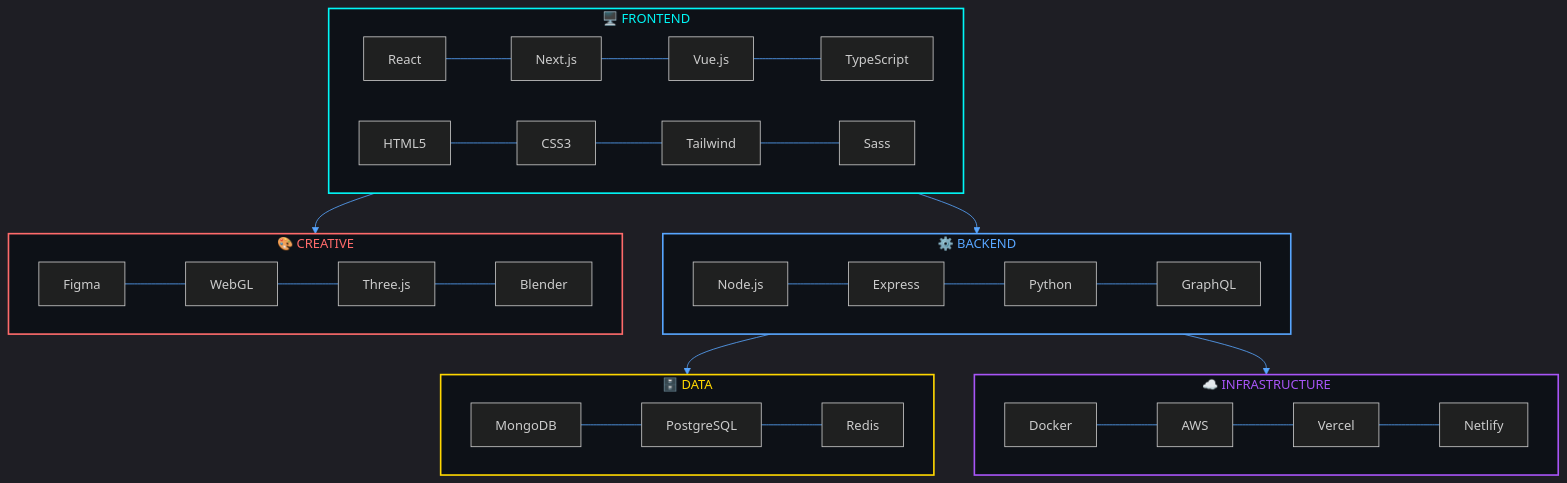
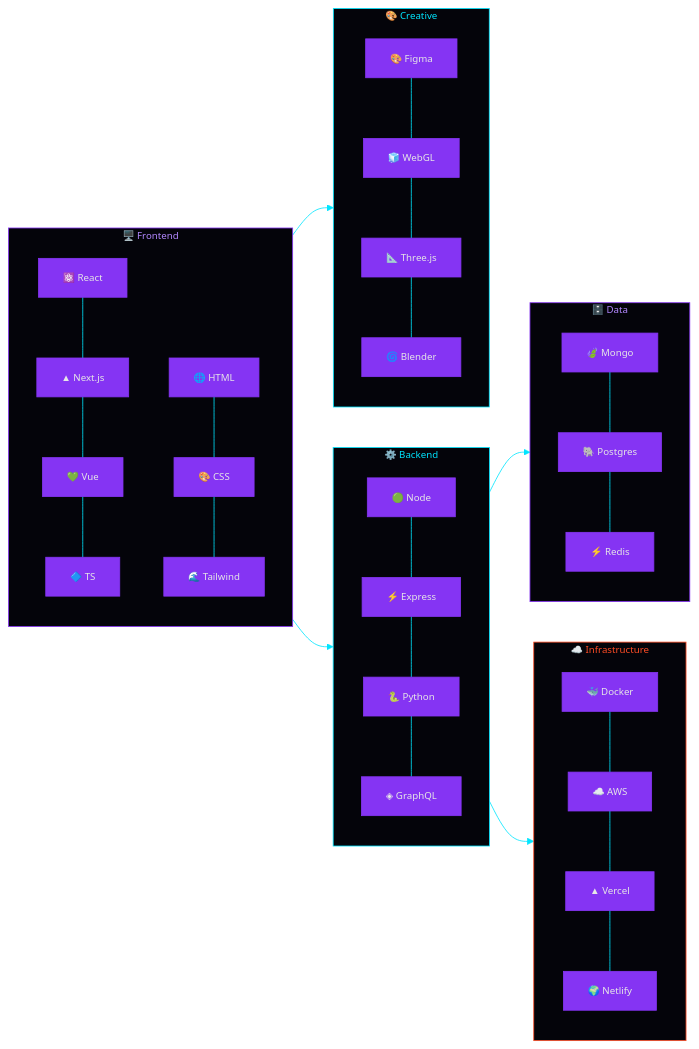
Before and after one commit to iakadion/iakadion: the first of 3 diagrams in README.md, drawn with Mermaid. The commit also changed other lines of this file and 9 other files, not shown here.

````diff
--- a/README.md
+++ b/README.md
@@ -265,33 +250,28 @@
 ```mermaid
-%%{init: {'theme':'dark','themeVariables':{'primaryColor':'#00f7f7','primaryTextColor':'#fff','primaryBorderColor':'#00f7f7','lineColor':'#58a6ff','secondaryColor':'#0d1117','tertiaryColor':'#161b22'}}}%%
-graph TB
-    subgraph FRONTEND["🖥️ FRONTEND"]
-        direction LR
-        R[React] --- N[Next.js] --- V[Vue.js] --- T[TypeScript]
-        H[HTML5] --- C[CSS3] --- TW[Tailwind] --- S[Sass]
+%%{init: {'theme':'base','themeVariables':{'primaryColor':'#8534F3','primaryTextColor':'#E6E6E6','primaryBorderColor':'#8534F3','lineColor':'#00E5FF','secondaryColor':'#04040A','tertiaryColor':'#1a1a2e','fontSize':'12px'}}}%%
+graph LR
+    subgraph FE["🖥️ Frontend"]
+        R[⚛️ React] --- N[▲ Next.js] --- V[💚 Vue] --- T[🔷 TS]
+        H[🌐 HTML] --- C[🎨 CSS] --- TW[🌊 Tailwind]
     end
-    subgraph BACKEND["⚙️ BACKEND"]
-        direction LR
-        NO[Node.js] --- EX[Express] --- PY[Python] --- GQ[GraphQL]
+    subgraph BE["⚙️ Backend"]
+        NO[🟢 Node] --- EX[⚡ Express] --- PY[🐍 Python] --- GQ[◈ GraphQL]
     end
-    subgraph INFRA["☁️ INFRASTRUCTURE"]
-        direction LR
-        D[Docker] --- AW[AWS] --- VR[Vercel] --- NL[Netlify]
+    subgraph IN["☁️ Infrastructure"]
+        D[🐳 Docker] --- AW[☁️ AWS] --- VR[▲ Vercel] --- NL[🌍 Netlify]
     end
-    subgraph DATA["🗄️ DATA"]
-        direction LR
-        MG[MongoDB] --- PG[PostgreSQL] --- RD[Redis]
+    subgraph DA["🗄️ Data"]
+        MG[🍃 Mongo] --- PG[🐘 Postgres] --- RD[⚡ Redis]
     end
-    subgraph CREATIVE["🎨 CREATIVE"]
-        direction LR
-        FG[Figma] --- WG[WebGL] --- TJ[Three.js] --- BL[Blender]
+    subgraph CR["🎨 Creative"]
+        FG[🎨 Figma] --- WJ[🧊 WebGL] --- TJ[📐 Three.js] --- BL[🌀 Blender]
     end
-    FRONTEND --> BACKEND --> DATA
-    BACKEND --> INFRA
-    FRONTEND --> CREATIVE
-    style FRONTEND fill:#0d1117,stroke:#00f7f7,stroke-width:2px,color:#00f7f7
-    style BACKEND fill:#0d1117,stroke:#58a6ff,stroke-width:2px,color:#58a6ff
-    style INFRA fill:#0d1117,stroke:#a855f7,stroke-width:2px,color:#a855f7
-    style DATA fill:#0d1117,stroke:#ffd700,stroke-width:2px,color:#ffd700
-    style CREATIVE fill:#0d1117,stroke:#ff6b6b,stroke-width:2px,color:#ff6b6b
+    FE --> BE --> DA
+    BE --> IN
+    FE --> CR
+    style FE fill:#04040A,stroke:#8534F3,stroke-width:1px,color:#B388FF
+    style BE fill:#04040A,stroke:#00E5FF,stroke-width:1px,color:#00E5FF
+    style IN fill:#04040A,stroke:#FE4C25,stroke-width:1px,color:#FE4C25
+    style DA fill:#04040A,stroke:#8534F3,stroke-width:1px,color:#B388FF
+    style CR fill:#04040A,stroke:#00E5FF,stroke-width:1px,color:#00E5FF
 ```
````
